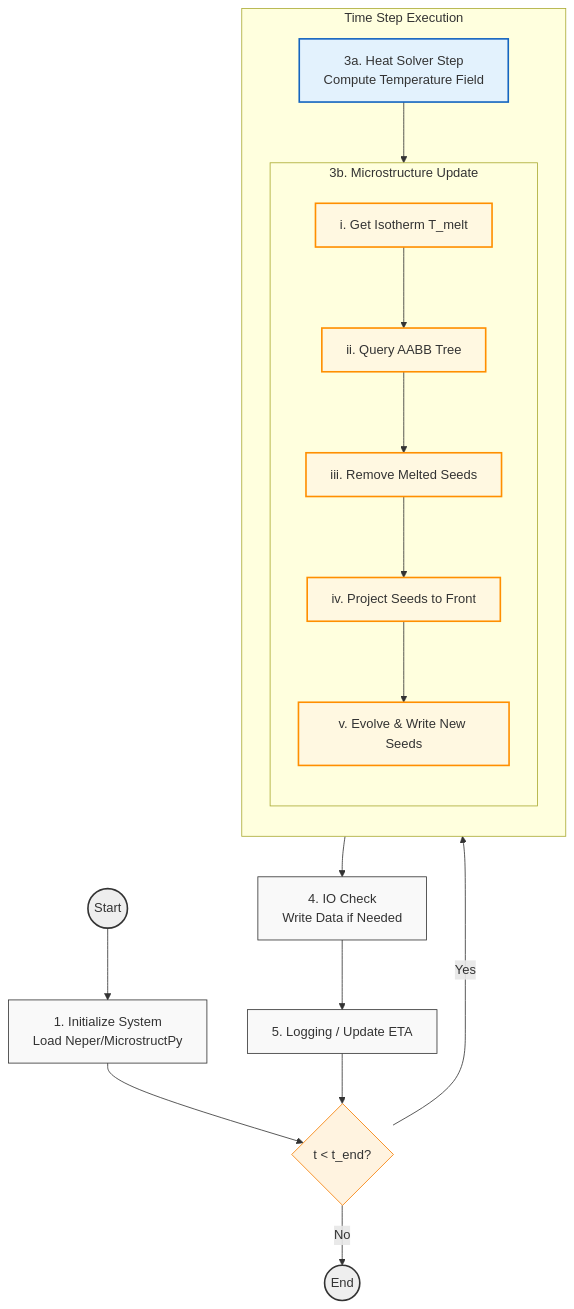
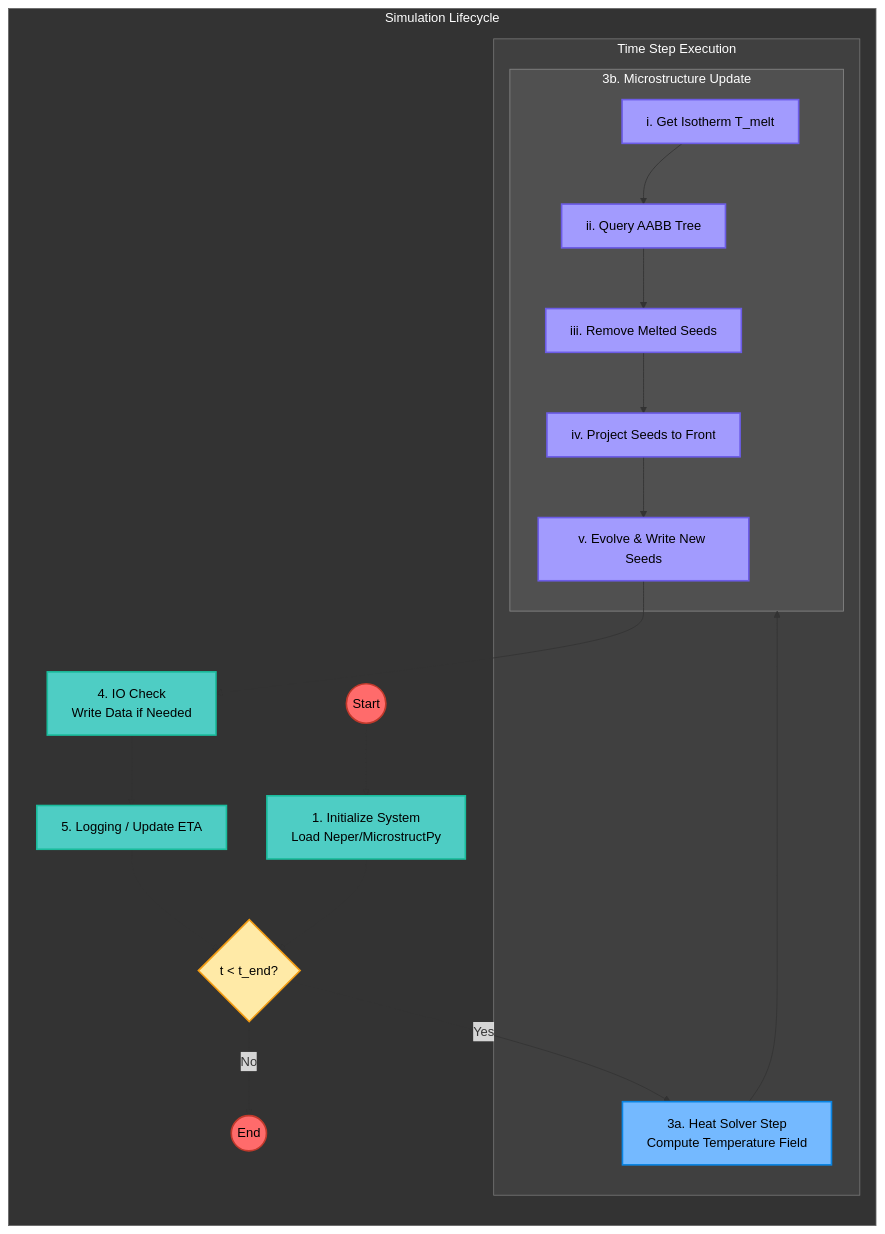
One commit to manasvupadhyay/spectral_galerkin_heat changed the diagram in README.md. Above: the diagram before and after it, drawn with Mermaid. The commit also changed 1 other file, not shown here.

````diff
--- a/README.md
+++ b/README.md
@@ -32,52 +32,61 @@
 ```mermaid
 flowchart TD
-    %% Global Styles
-    classDef process fill:#f9f9f9,stroke:#333,stroke-width:1px;
-    classDef decision fill:#fff3e0,stroke:#f57c00,stroke-width:1px,shape:diamond;
-    classDef terminator fill:#eee,stroke:#333,stroke-width:2px,rx:5,ry:5;
-    classDef heat fill:#e3f2fd,stroke:#1565c0,stroke-width:2px;
-    classDef micro fill:#fff8e1,stroke:#ff8f00,stroke-width:2px;
+    %% --- Theme & Styling ---
+    classDef container fill:#2d2d2d,stroke:#555,color:#fff;
+    classDef terminator fill:#ff6b6b,stroke:#c0392b,stroke-width:2px,color:#000;
+    classDef process fill:#4ecdc4,stroke:#1abc9c,stroke-width:2px,color:#000;
+    classDef decision fill:#ffeaa7,stroke:#f39c12,stroke-width:2px,color:#000,shape:diamond;
+    classDef heat fill:#74b9ff,stroke:#0984e3,stroke-width:2px,color:#000;
+    classDef micro fill:#a29bfe,stroke:#6c5ce7,stroke-width:2px,color:#000;
 
-    Start((Start)):::terminator
-    Init[1. Initialize System<br/>Load Neper/MicrostructPy]:::process
-    
-    %% Main Loop
-    LoopCondition{t < t_end?}:::decision
-    
-    subgraph TimeStep [Time Step Execution]
+    %% --- Main Container ---
+    subgraph MainLoop [Simulation Lifecycle]
         direction TB
+        style MainLoop fill:#333333,stroke:#666,color:#fff
+
+        Start((Start)):::terminator
+        Init[1. Initialize System<br/>Load Neper/MicrostructPy]:::process
         
-        %% Heat Solver
-        HeatSolver[3a. Heat Solver Step<br/>Compute Temperature Field]:::heat
+        %% Time Loop Check
+        LoopCondition{t < t_end?}:::decision
         
-        %% Microstructure Logic
-        subgraph MicroLogic [3b. Microstructure Update]
-            direction TB
-            GetIso[i. Get Isotherm T_melt]:::micro
-            QueryTree[ii. Query AABB Tree]:::micro
-            Melt[iii. Remove Melted Seeds]:::micro
-            Project[iv. Project Seeds to Front]:::micro
-            Grow[v. Evolve & Write New Seeds]:::micro
+        %% --- Inner Loop Container ---
+        subgraph TimeStep [Time Step Execution]
+            style TimeStep fill:#404040,stroke:#777,color:#fff
             
-            GetIso --> QueryTree
-            QueryTree --> Melt
-            Melt --> Project
-            Project --> Grow
+            %% Heat Solver Step
+            HeatSolver[3a. Heat Solver Step<br/>Compute Temperature Field]:::heat
+            
+            %% Microstructure Logic
+            subgraph MicroLogic [3b. Microstructure Update]
+                style MicroLogic fill:#505050,stroke:#888,color:#fff
+                
+                GetIso[i. Get Isotherm T_melt]:::micro
+                QueryTree[ii. Query AABB Tree]:::micro
+                Melt[iii. Remove Melted Seeds]:::micro
+                Project[iv. Project Seeds to Front]:::micro
+                Grow[v. Evolve & Write New Seeds]:::micro
+                
+                GetIso --> QueryTree
+                QueryTree --> Melt
+                Melt --> Project
+                Project --> Grow
+            end
+
+            HeatSolver --> MicroLogic
         end
 
-        HeatSolver --> MicroLogic
+        IOCheck[4. IO Check<br/>Write Data if Needed]:::process
+        Logging[5. Logging / Update ETA]:::process
+        End((End)):::terminator
+
+        %% Connections
+        Start --> Init
+        Init --> LoopCondition
+        LoopCondition -- Yes --> HeatSolver
+        Grow --> IOCheck
+        IOCheck --> Logging
+        Logging --> LoopCondition
+        LoopCondition -- No --> End
     end
-
-    IOCheck[4. IO Check<br/>Write Data if Needed]:::process
-    Logging[5. Logging / Update ETA]:::process
-    End((End)):::terminator
-
-    %% Connections
-    Start --> Init
-    Init --> LoopCondition
-    LoopCondition -- Yes --> HeatSolver
-    Grow --> IOCheck
-    IOCheck --> Logging
-    Logging --> LoopCondition
-    LoopCondition -- No --> End
 ```
````
